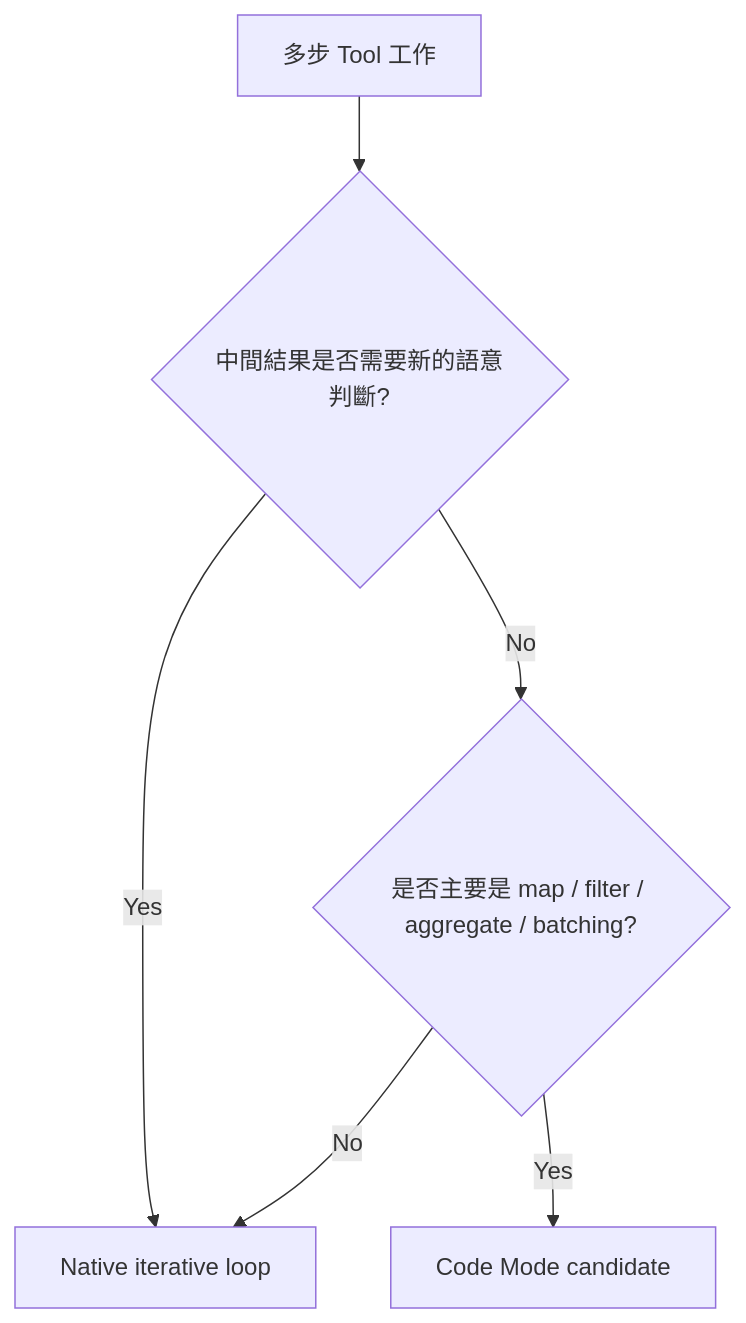
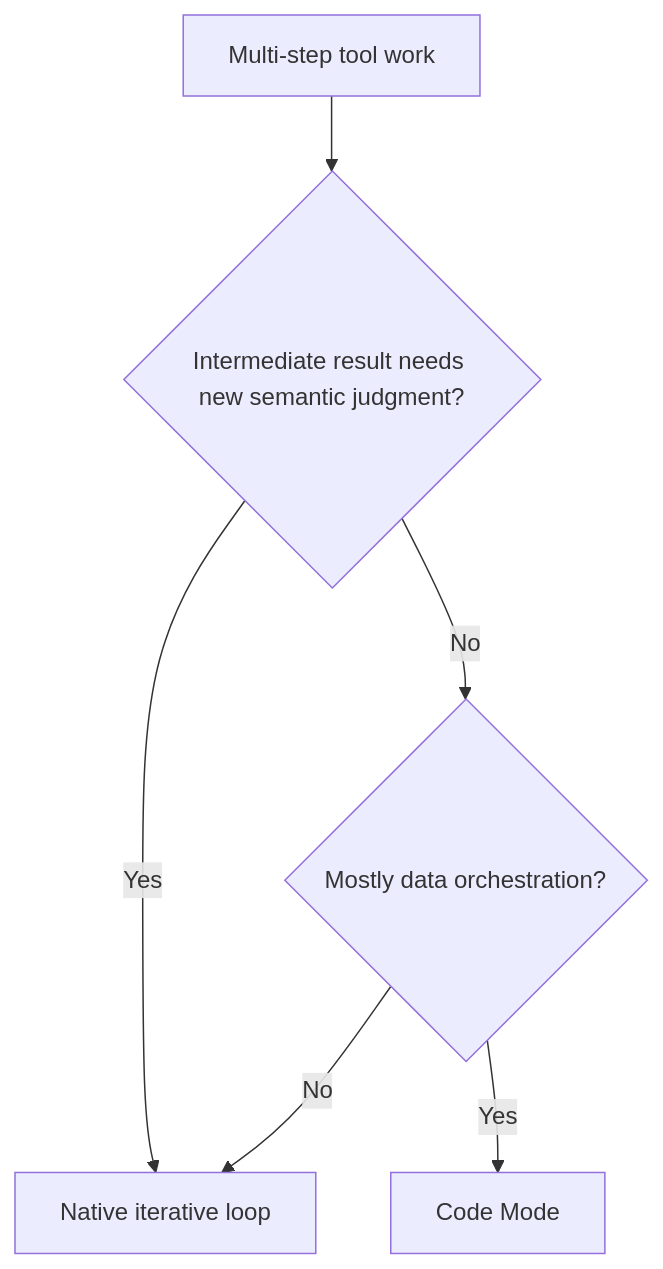
One commit to indigofeather/harness-book changed the third of 5 diagrams in docs/deepseek/code-mode-and-plugins.md. Above: the diagram before and after it, drawn with Mermaid. The commit also changed other lines of this file and 48 other files, not shown here.

````diff
--- a/docs/deepseek/code-mode-and-plugins.md
+++ b/docs/deepseek/code-mode-and-plugins.md
@@ -194,8 +81,8 @@
 ```mermaid
 flowchart TD
-  A[多步 Tool 工作] --> B{中間結果是否需要新的語意判斷?}
+  A[Multi-step tool work] --> B{Intermediate result needs new semantic judgment?}
   B -->|Yes| N[Native iterative loop]
-  B -->|No| C{是否主要是 map / filter / aggregate / batching?}
-  C -->|Yes| CM[Code Mode candidate]
+  B -->|No| C{Mostly data orchestration?}
+  C -->|Yes| CM[Code Mode]
   C -->|No| N
 ```
````
